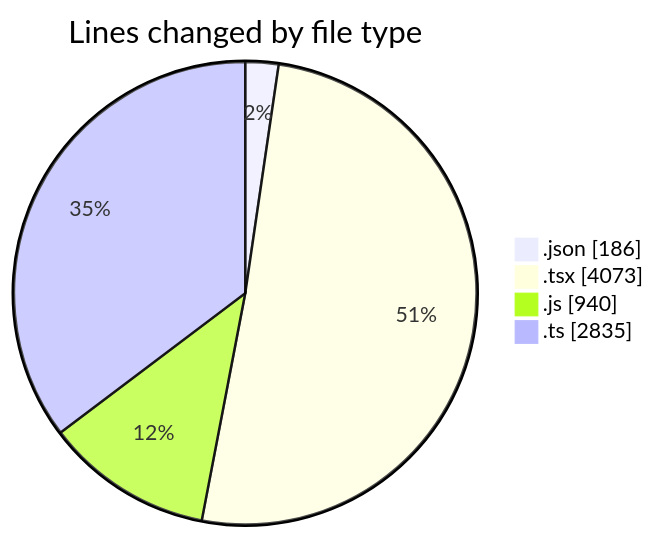
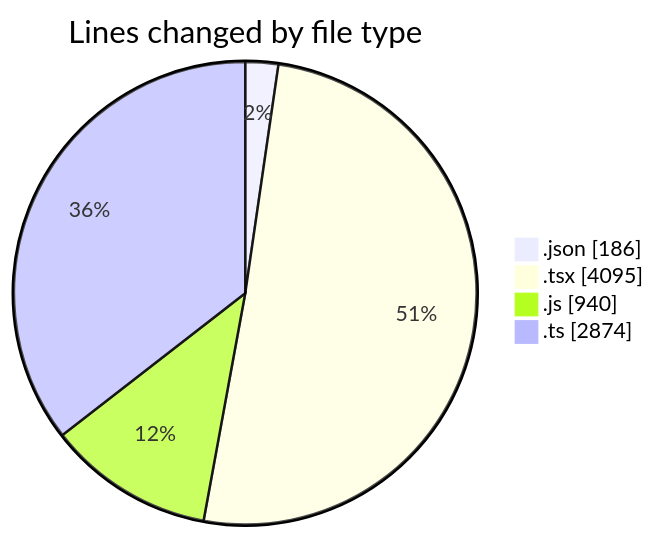
The first of 2 diagrams in 2026-07-14/cda/README.md (momahboobian/code-tracking), drawn with Mermaid before and after one commit. The commit also changed other lines of this file and 1 other file, not shown here.

````diff
--- a/2026-07-14/cda/README.md
+++ b/2026-07-14/cda/README.md
@@ -52,8 +53,8 @@
 ```mermaid
 pie showData
 title Lines changed by file type
 ".json" : 186
-".tsx" : 4073
+".tsx" : 4095
 ".js" : 940
-".ts" : 2835
+".ts" : 2874
 ```
````
